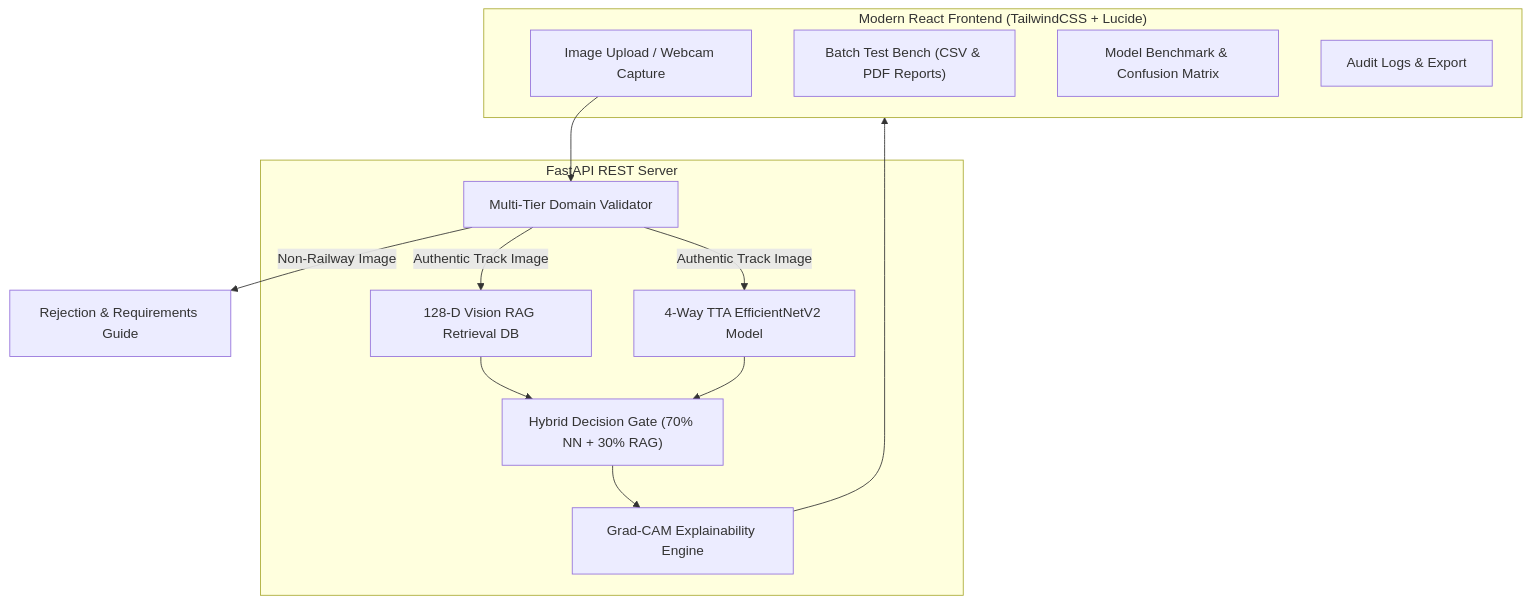
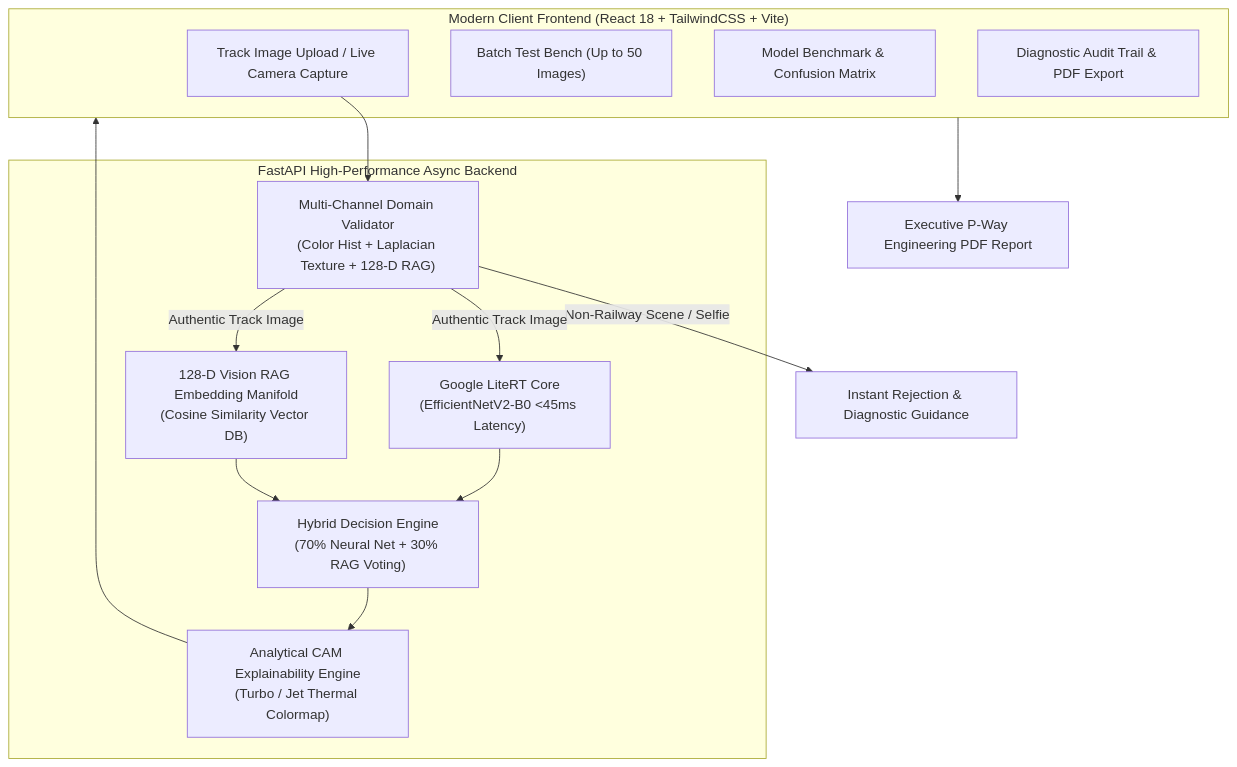
The diagram in README.md (SOUVIKSB1/Railway_Track_Fault_Detection), drawn with Mermaid before and after one commit. The commit also changed other lines of this file, not shown here.

````diff
--- a/README.md
+++ b/README.md
@@ -9,25 +16,26 @@
 ```mermaid
 flowchart TD
-    subgraph UI ["Modern React Frontend (TailwindCSS + Lucide)"]
-        Upload["Image Upload / Webcam Capture"]
-        Batch["Batch Test Bench (CSV & PDF Reports)"]
+    subgraph UI ["Modern Client Frontend (React 18 + TailwindCSS + Vite)"]
+        Upload["Track Image Upload / Live Camera Capture"]
+        Batch["Batch Test Bench (Up to 50 Images)"]
         Benchmark["Model Benchmark & Confusion Matrix"]
-        Audit["Audit Logs & Export"]
+        Audit["Diagnostic Audit Trail & PDF Export"]
     end
 
-    subgraph Backend ["FastAPI REST Server"]
-        Gate["Multi-Tier Domain Validator"]
-        RAG["128-D Vision RAG Retrieval DB"]
-        TTA["4-Way TTA EfficientNetV2 Model"]
-        Fusion["Hybrid Decision Gate (70% NN + 30% RAG)"]
-        GradCAM["Grad-CAM Explainability Engine"]
+    subgraph Backend ["FastAPI High-Performance Async Backend"]
+        Gate["Multi-Channel Domain Validator\n(Color Hist + Laplacian Texture + 128-D RAG)"]
+        LiteRT["Google LiteRT Core\n(EfficientNetV2-B0 <45ms Latency)"]
+        RAG["128-D Vision RAG Embedding Manifold\n(Cosine Similarity Vector DB)"]
+        Fusion["Hybrid Decision Engine\n(70% Neural Net + 30% RAG Voting)"]
+        XAI["Analytical CAM Explainability Engine\n(Turbo / Jet Thermal Colormap)"]
     end
 
     Upload --> Gate
-    Gate -->|Non-Railway Image| RejectionUI["Rejection & Requirements Guide"]
-    Gate -->|Authentic Track Image| RAG & TTA
+    Gate -->|Non-Railway Scene / Selfie| RejectionUI["Instant Rejection & Diagnostic Guidance"]
+    Gate -->|Authentic Track Image| LiteRT & RAG
+    LiteRT --> Fusion
     RAG --> Fusion
-    TTA --> Fusion
-    Fusion --> GradCAM
-    GradCAM --> UI
+    Fusion --> XAI
+    XAI --> UI
+    UI --> PDF["Executive P-Way Engineering PDF Report"]
 ```
````
